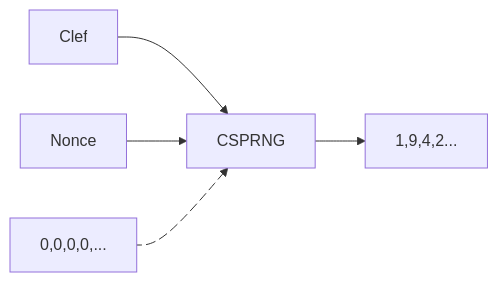
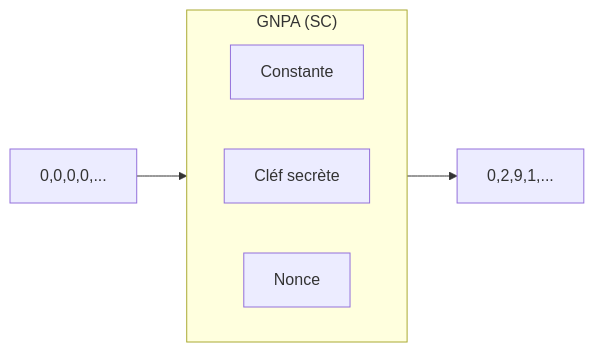
One commit to WhiteBowlerHat/FOG-Project_C changed the diagram in Readme.md. Above: the diagram before and after it, drawn with Mermaid.

Commit message:
Changing chart flow

````diff
--- a/Readme.md
+++ b/Readme.md
@@ -5,8 +5,12 @@
 ```mermaid
 flowchart LR;
-    Clef-->CSPRNG;
-    Nonce-->CSPRNG;
-    B[0,0,0,0,...] e1@--> CSPRNG;
-    CSPRNG --> C[1,9,4,2...];
-    e1@{ animate: true };
+ subgraph s1["GNPA (SC)"];
+    direction LR;
+        n3["Constante"];
+        n1["Cléf secrète"];
+        n2["Nonce"];
+        
+  end;
+    A["0,0,0,0,..."] --> s1;
+    s1 --> B["0,2,9,1,..."];
 ```
````
